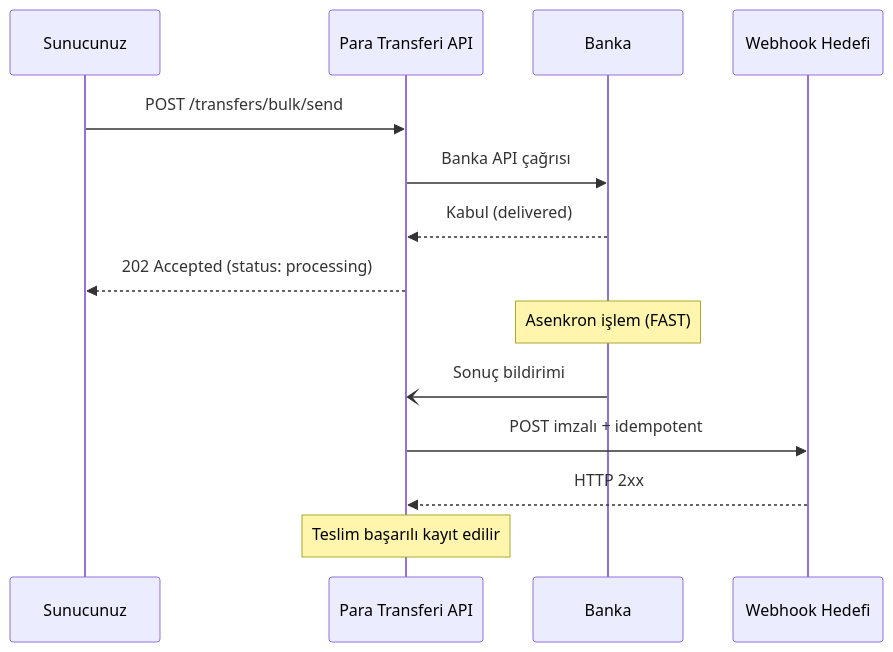
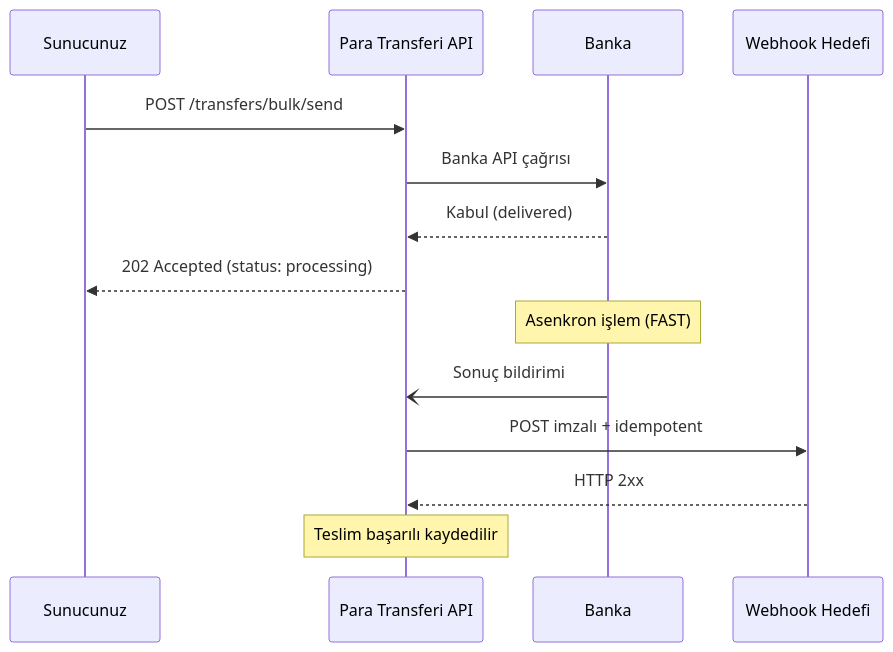
One commit to payment-pos/mintlify changed the diagram in para-transferi/webhooks/overview.mdx. Above: the diagram before and after it, drawn with Mermaid. The commit also changed 26 other files, not shown here.

````diff
--- a/para-transferi/webhooks/overview.mdx
+++ b/para-transferi/webhooks/overview.mdx
@@ -10,17 +10,17 @@
 ```mermaid
 sequenceDiagram
     participant App as Sunucunuz
     participant API as Para Transferi API
     participant Bank as Banka
     participant Webhook as Webhook Hedefi
 
     App->>API: POST /transfers/bulk/send
     API->>Bank: Banka API çağrısı
     Bank-->>API: Kabul (delivered)
     API-->>App: 202 Accepted (status: processing)
     Note over Bank: Asenkron işlem (FAST)
     Bank-)API: Sonuç bildirimi
     API->>Webhook: POST imzalı + idempotent
     Webhook-->>API: HTTP 2xx
-    Note over API: Teslim başarılı kayıt edilir
+    Note over API: Teslim başarılı kaydedilir
 ```
````
